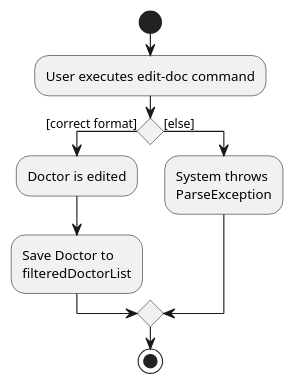
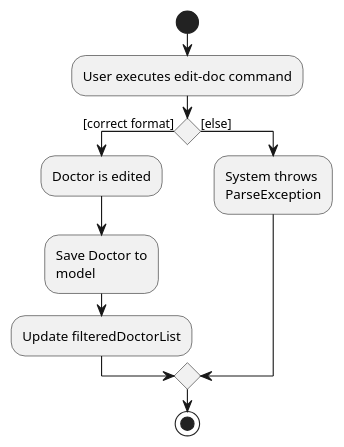
The diagram in docs/diagrams/EditDoctorActivityDiagram.puml (nus-cs2103-AY2223S2/tp), drawn with PlantUML before and after one commit. The commit also changed 7 other files, not shown here.

Commit message:
Update DG with correct diagrams, glossary and effort

```diff
--- a/docs/diagrams/EditDoctorActivityDiagram.puml
+++ b/docs/diagrams/EditDoctorActivityDiagram.puml
@@ -1,16 +1,17 @@
 @startuml
 start
 :User executes edit-doc command;
 'Since the beta syntax does not support placing the condition outside the
 'diamond we place it as the true branch instead.
 
 if () then ([correct format])
     :Doctor is edited;
     :Save Doctor to
-    filteredDoctorList;
+    model;
+    :Update filteredDoctorList;
 else ([else])
     :System throws
     ParseException;
 endif
 stop
 @enduml
```
